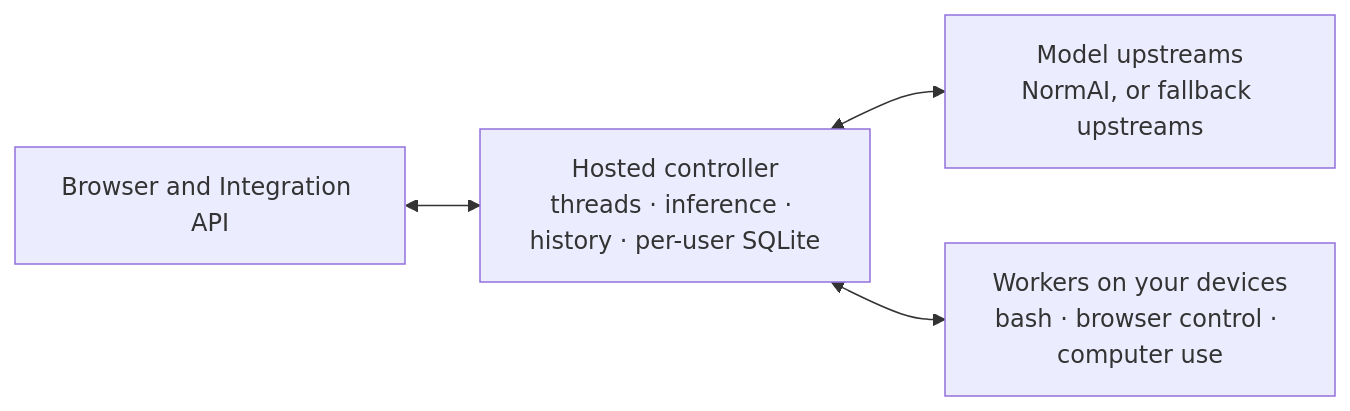
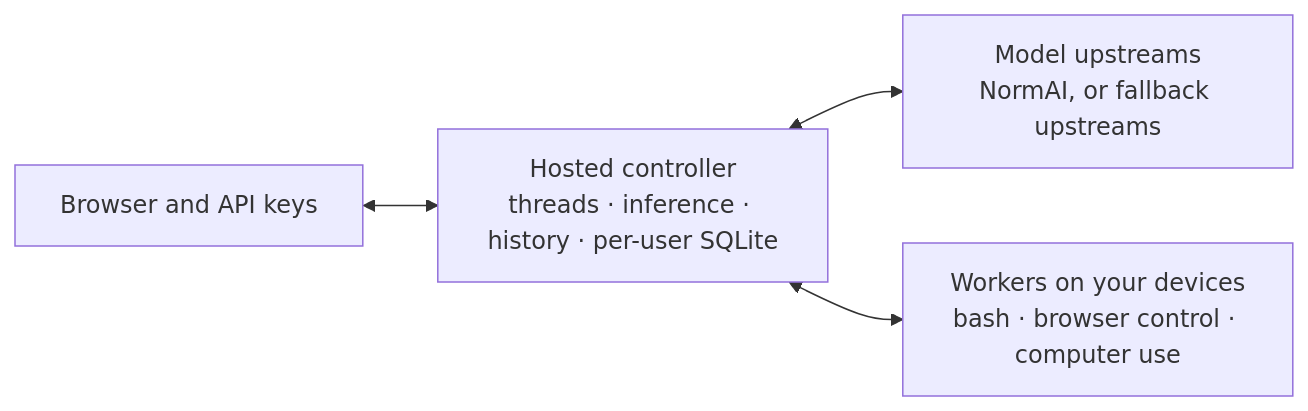
The diagram in README.md (zccz14/cybion), drawn with Mermaid before and after one commit. The commit also changed other lines of this file and 12 other files, not shown here.

````diff
--- a/README.md
+++ b/README.md
@@ -298,6 +298,6 @@
 ```mermaid
 flowchart LR
-  B["Browser and Integration API"] <--> C["Hosted controller<br/>threads · inference · history · per-user SQLite"]
+  B["Browser and API keys"] <--> C["Hosted controller<br/>threads · inference · history · per-user SQLite"]
   C <--> U["Model upstreams<br/>NormAI, or fallback upstreams"]
   C <--> W["Workers on your devices<br/>bash · browser control · computer use"]
 ```
````
